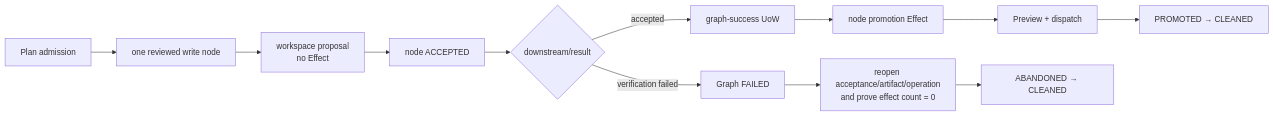
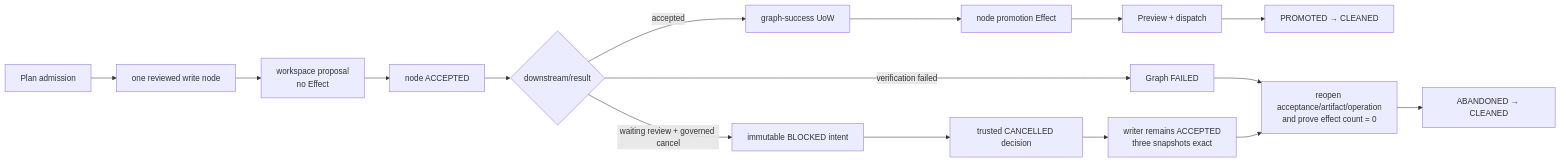
Before and after one commit to SakuraYoruno/Natsume_Ai: diagram 46 of 46 in docs/50_project/arch/DATA_FLOW_ARCHITECTURE.md, drawn with Mermaid. The commit also changed other lines of this file and 17 other files, not shown here.

````diff
--- a/docs/50_project/arch/DATA_FLOW_ARCHITECTURE.md
+++ b/docs/50_project/arch/DATA_FLOW_ARCHITECTURE.md
@@ -1905,14 +1905,18 @@
 ```mermaid
 flowchart LR
     A["Plan admission"] --> B["one reviewed write node"]
     B --> C["workspace proposal\nno Effect"]
     C --> D["node ACCEPTED"]
     D --> E{"downstream/result"}
     E -->|"accepted"| F["graph-success UoW"]
     F --> G["node promotion Effect"]
     G --> H["Preview + dispatch"]
     H --> I["PROMOTED → CLEANED"]
     E -->|"verification failed"| J["Graph FAILED"]
     J --> K["reopen acceptance/artifact/operation\nand prove effect count = 0"]
     K --> L["ABANDONED → CLEANED"]
+    E -->|"waiting review + governed cancel"| M["immutable BLOCKED intent"]
+    M --> N["trusted CANCELLED decision"]
+    N --> O["writer remains ACCEPTED\nthree snapshots exact"]
+    O --> K
 ```
````
